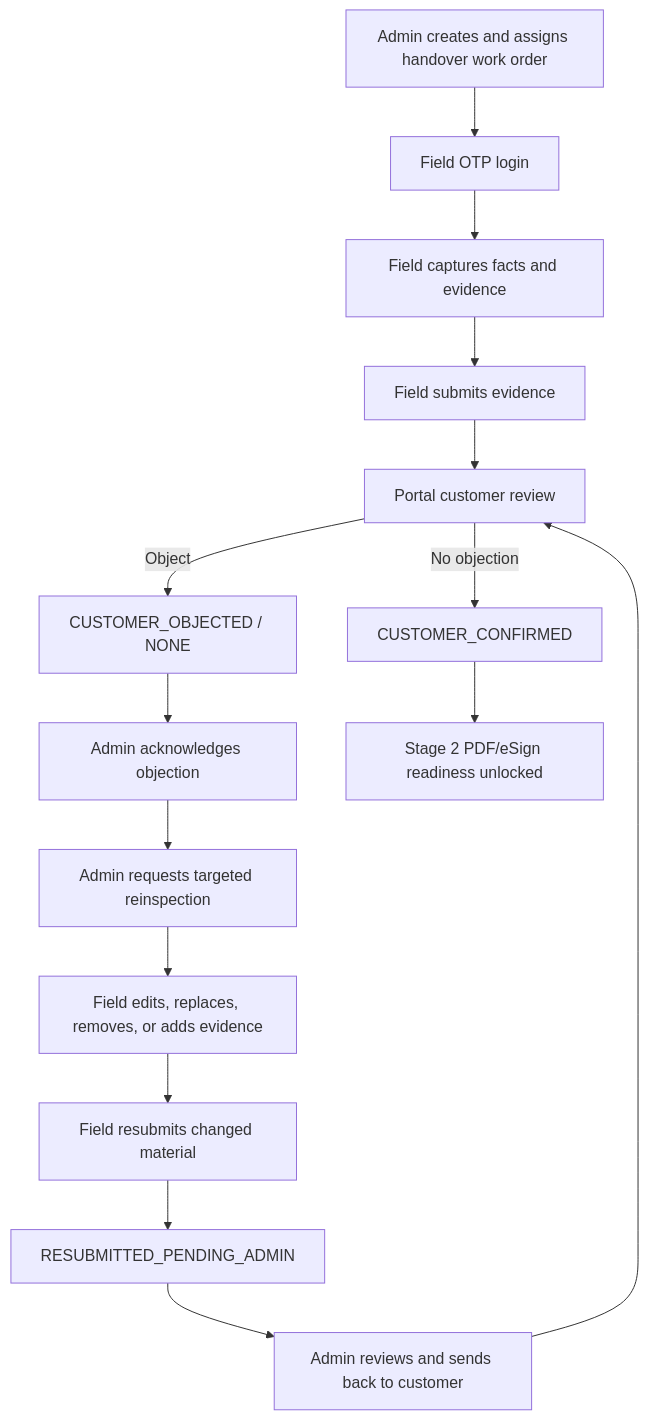
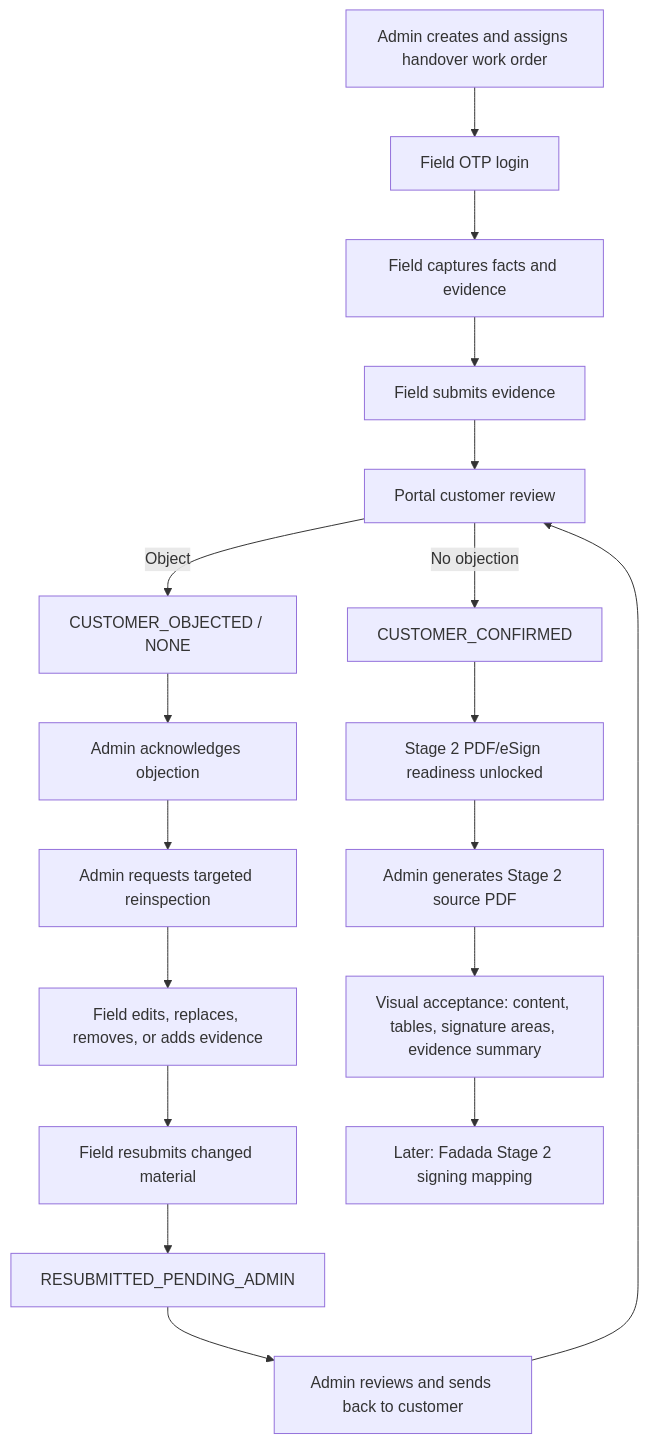
One commit to keqi119/subscription-Saas changed the diagram in docs/stage2-local-handover-e2e-runbook.md. Above: the diagram before and after it, drawn with Mermaid. The commit also changed other lines of this file and 11 other files, not shown here.

Commit message:
feat(delivery): add stage2 handover PDF renderer

````diff
--- a/docs/stage2-local-handover-e2e-runbook.md
+++ b/docs/stage2-local-handover-e2e-runbook.md
@@ -11,17 +11,20 @@
 ```mermaid
 flowchart TD
   A["Admin creates and assigns handover work order"] --> B["Field OTP login"]
   B --> C["Field captures facts and evidence"]
   C --> D["Field submits evidence"]
   D --> E["Portal customer review"]
   E -->|No objection| F["CUSTOMER_CONFIRMED"]
   E -->|Object| G["CUSTOMER_OBJECTED / NONE"]
   G --> H["Admin acknowledges objection"]
   H --> I["Admin requests targeted reinspection"]
   I --> J["Field edits, replaces, removes, or adds evidence"]
   J --> K["Field resubmits changed material"]
   K --> L["RESUBMITTED_PENDING_ADMIN"]
   L --> M["Admin reviews and sends back to customer"]
   M --> E
   F --> N["Stage 2 PDF/eSign readiness unlocked"]
+  N --> O["Admin generates Stage 2 source PDF"]
+  O --> P["Visual acceptance: content, tables, signature areas, evidence summary"]
+  P --> Q["Later: Fadada Stage 2 signing mapping"]
 ```
````
